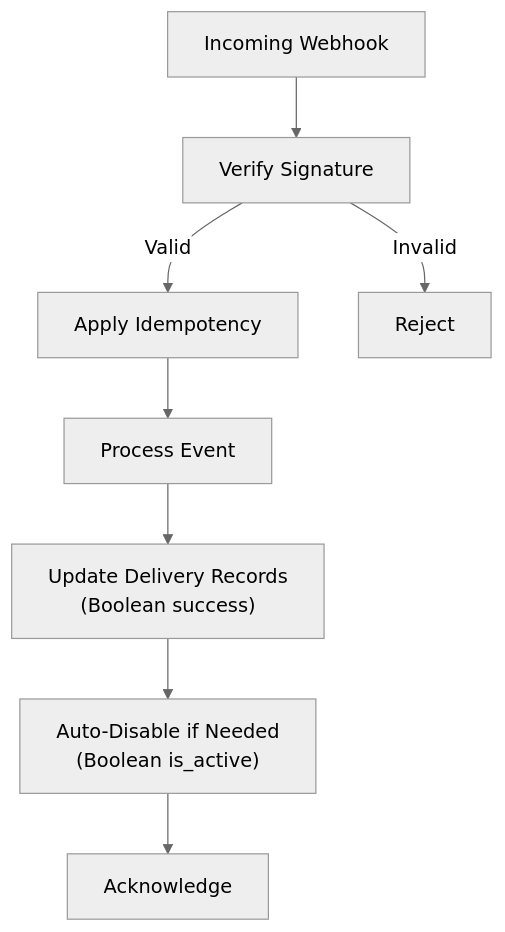
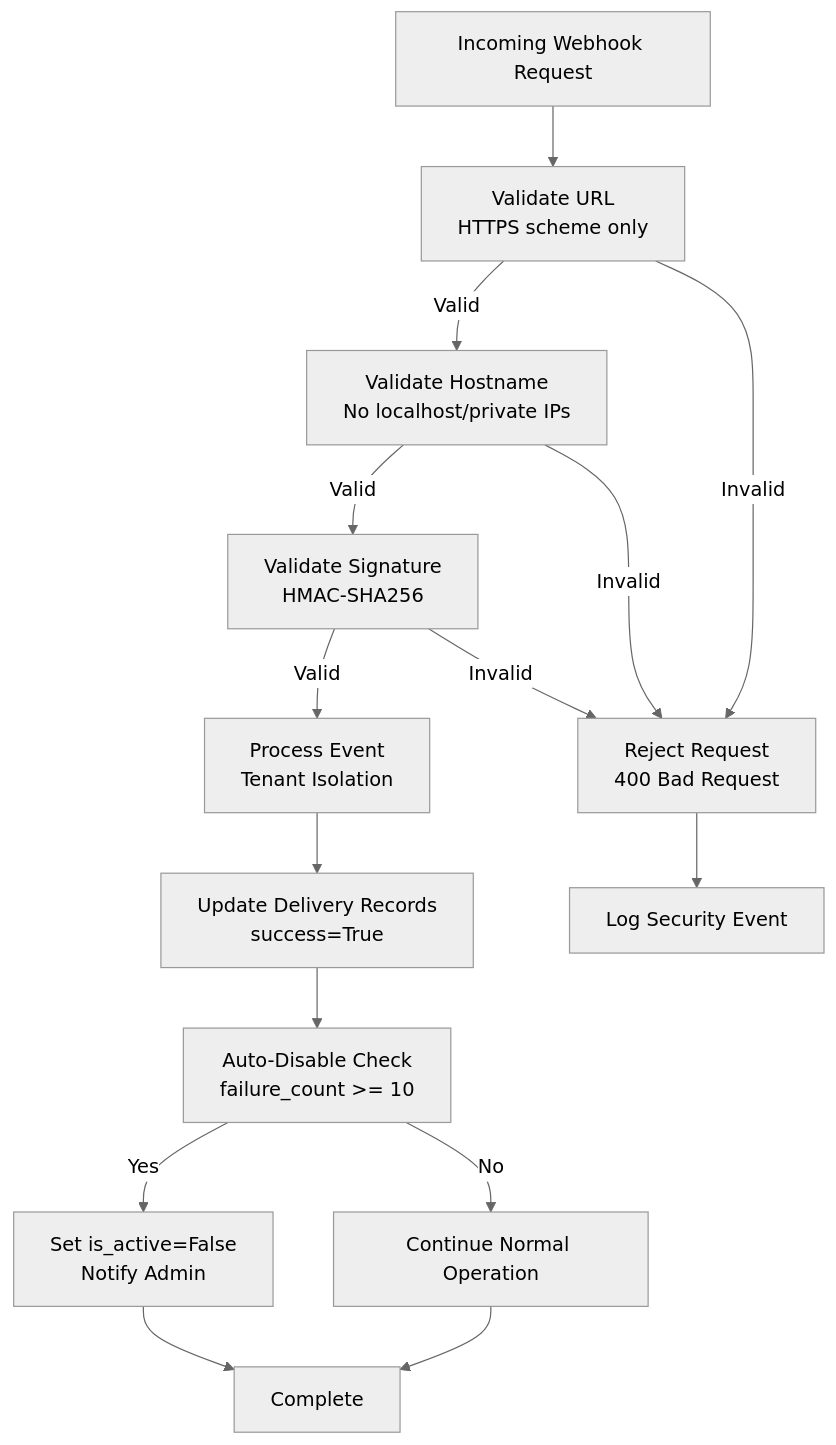
One commit to Revanththetalogics/aireume changed the sixth of 6 diagrams in .qoder/repowiki/en/content/Advanced Topics/Integration Patterns/Webhook Systems.md. Above: the diagram before and after it, drawn with Mermaid (neutral theme). The commit also changed other lines of this file and 13 other files, not shown here.

````diff
--- a/.qoder/repowiki/en/content/Advanced Topics/Integration Patterns/Webhook Systems.md
+++ b/.qoder/repowiki/en/content/Advanced Topics/Integration Patterns/Webhook Systems.md
@@ -372,10 +340,17 @@
 ```mermaid
 flowchart TD
-A["Incoming Webhook"] --> B["Verify Signature"]
-B --> |Valid| C["Apply Idempotency"]
-B --> |Invalid| D["Reject"]
-C --> E["Process Event"]
-E --> F["Update Delivery Records<br/>(Boolean success)"]
-F --> G["Auto-Disable if Needed<br/>(Boolean is_active)"]
-G --> H["Acknowledge"]
+A["Incoming Webhook Request"] --> B["Validate URL<br/>HTTPS scheme only"]
+B --> |Valid| C["Validate Hostname<br/>No localhost/private IPs"]
+C --> |Valid| D["Validate Signature<br/>HMAC-SHA256"]
+D --> |Valid| E["Process Event<br/>Tenant Isolation"]
+D --> |Invalid| F["Reject Request<br/>400 Bad Request"]
+C --> |Invalid| F
+B --> |Invalid| F
+E --> G["Update Delivery Records<br/>success=True"]
+F --> H["Log Security Event"]
+G --> I["Auto-Disable Check<br/>failure_count >= 10"]
+I --> |Yes| J["Set is_active=False<br/>Notify Admin"]
+I --> |No| K["Continue Normal Operation"]
+J --> L["Complete"]
+K --> L
 ```
````
